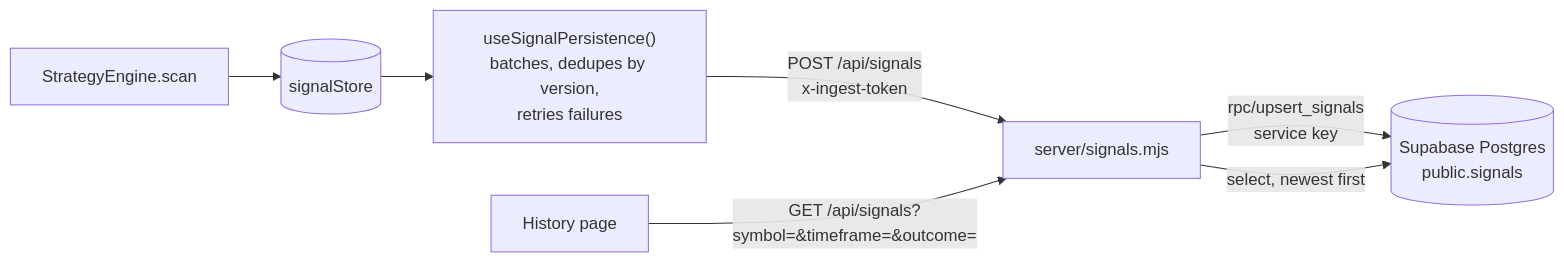
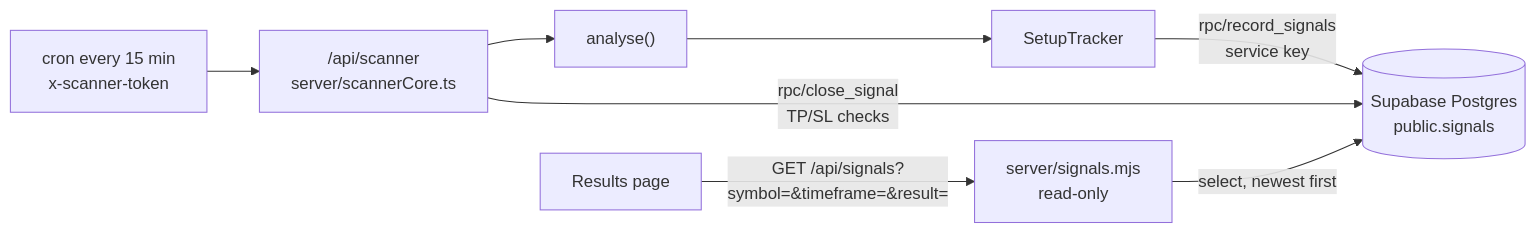
The fifth of 6 diagrams in README.md (davide963-ux/ichialgo-ve-rea), drawn with Mermaid before and after one commit. The commit also changed other lines of this file and 68 other files, not shown here.

First line of the commit message:
Remove both strategies; leave one seam and one Results page (#16)

````diff
--- a/README.md
+++ b/README.md
@@ -551,9 +353,9 @@
 ```mermaid
 flowchart LR
-    SE[StrategyEngine.scan] --> SS[(signalStore)]
-    SS --> UP["useSignalPersistence()<br/>batches, dedupes by version,<br/>retries failures"]
-    UP -- "POST /api/signals<br/>x-ingest-token" --> API["server/signals.mjs"]
-    API -- "rpc/upsert_signals<br/>service key" --> PG[("Supabase Postgres<br/>public.signals")]
-    HP[History page] -- "GET /api/signals?symbol=&timeframe=&outcome=" --> API
+    CRON["cron every 15 min<br/>x-scanner-token"] --> SC["/api/scanner<br/>server/scannerCore.ts"]
+    SC --> AN["analyse()"] --> TR[SetupTracker]
+    TR -- "rpc/record_signals<br/>service key" --> PG[("Supabase Postgres<br/>public.signals")]
+    SC -- "rpc/close_signal<br/>TP/SL checks" --> PG
+    RP[Results page] -- "GET /api/signals?symbol=&timeframe=&result=" --> API["server/signals.mjs<br/>read-only"]
     API -- "select, newest first" --> PG
 ```
````
